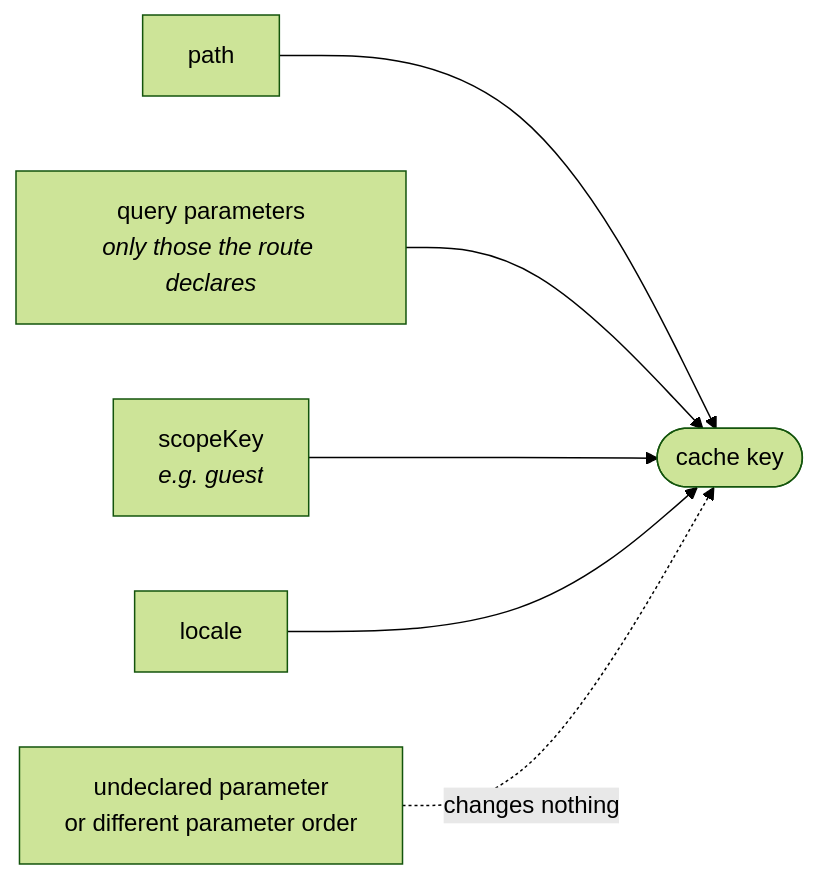
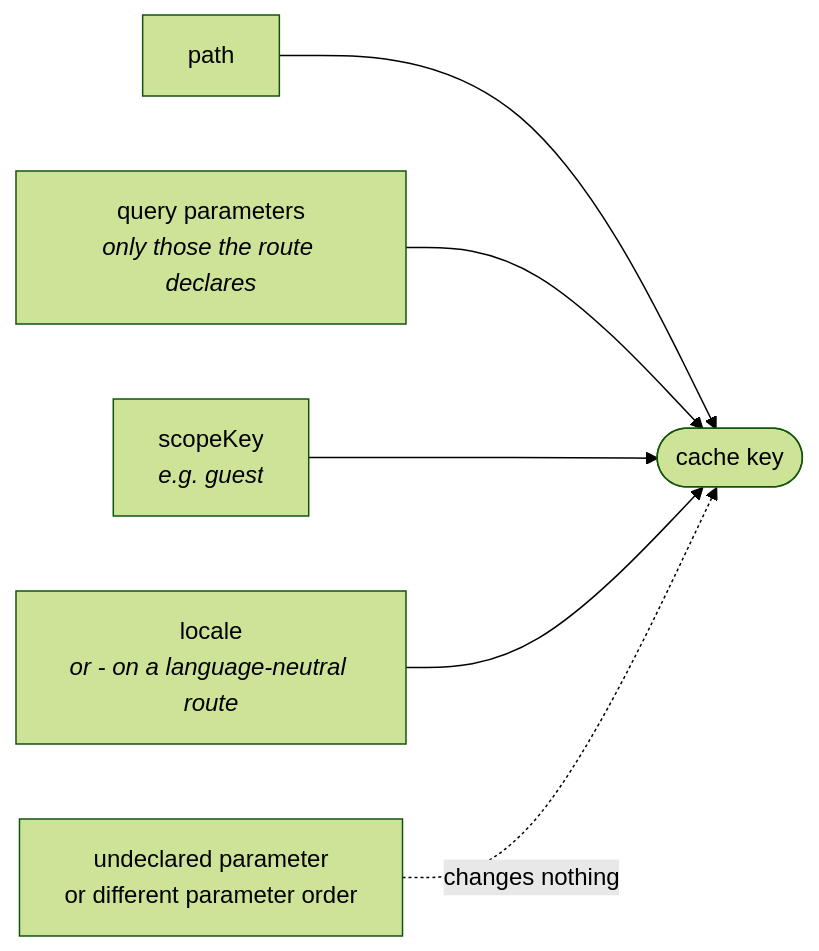
One commit to Guebbit/boilerplate-node-backend changed the diagram in docs/understand/redis-cache-keys.md. Above: the diagram before and after it, drawn with Mermaid (forest theme). The commit also changed other lines of this file and 27 other files, not shown here.

````diff
--- a/docs/understand/redis-cache-keys.md
+++ b/docs/understand/redis-cache-keys.md
@@ -12,8 +12,8 @@
 ```mermaid
 flowchart LR
     P["path"] --> K(["cache key"])
     Q["query parameters<br/><i>only those the route declares</i>"] --> K
     S["scopeKey<br/><i>e.g. guest</i>"] --> K
-    L["locale"] --> K
+    L["locale<br/><i>or - on a language-neutral route</i>"] --> K
     X["undeclared parameter<br/>or different parameter order"] -.->|"changes nothing"| K
 ```
````
